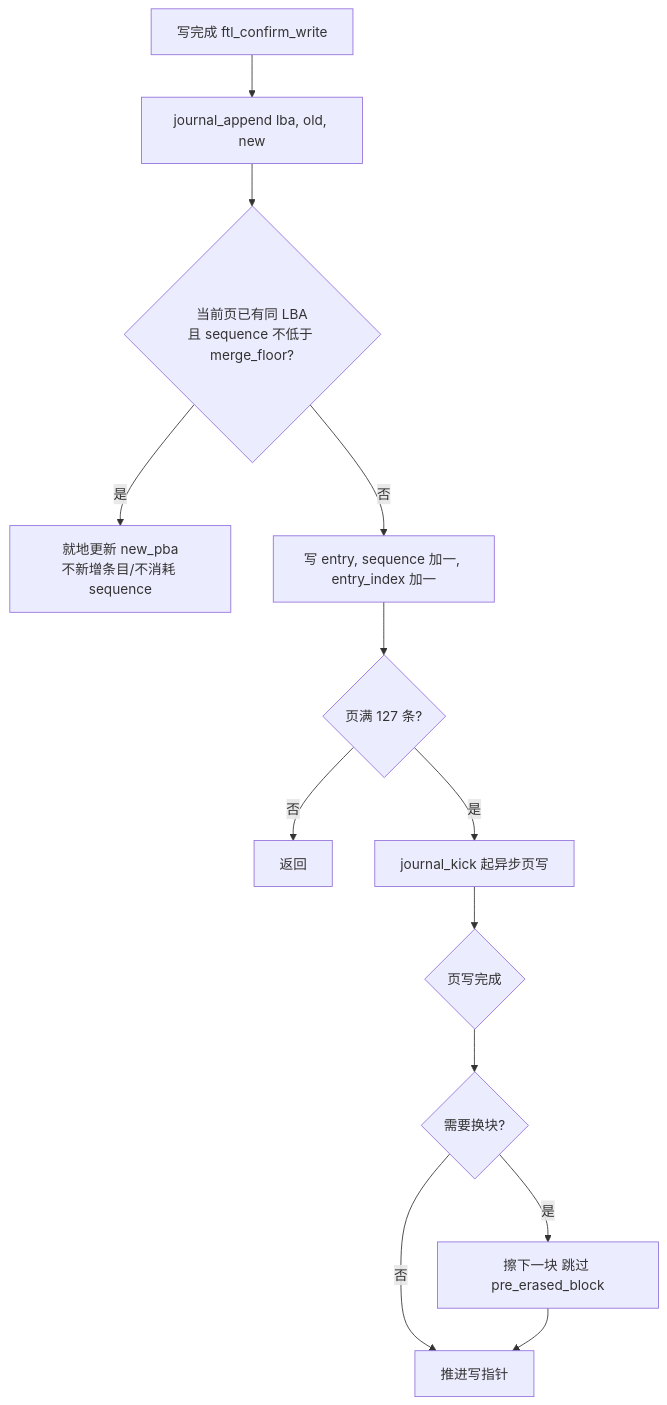
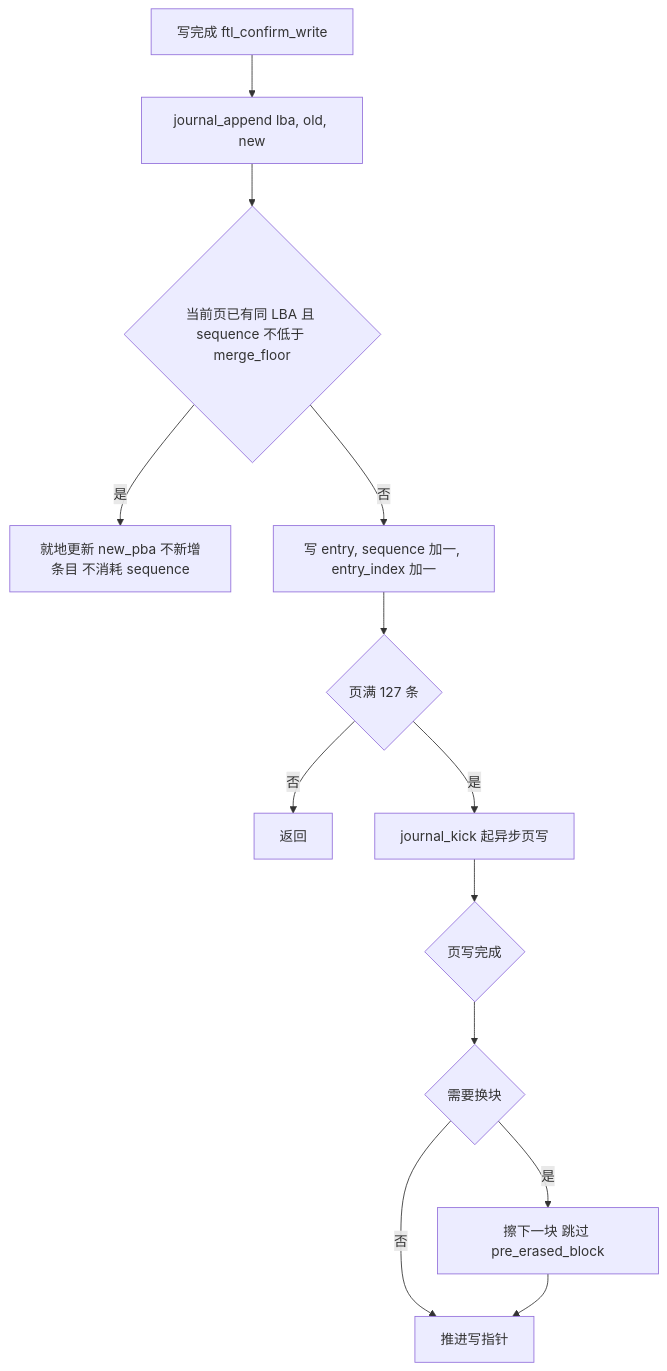
Diagram 11 of 28 in docs/design/ftl_design.md (YzYMIAO/BASESSD), drawn with Mermaid before and after one commit. The commit also changed other lines of this file, not shown here.

First line of the commit message:
docs(ftl): 将 stateDiagram 全部改为 flowchart 并收敛标签字符集

````diff
--- a/docs/design/ftl_design.md
+++ b/docs/design/ftl_design.md
@@ -1677,15 +1696,15 @@
 ```mermaid
 flowchart TD
     A["写完成 ftl_confirm_write"] --> B["journal_append lba, old, new"]
-    B --> C{"当前页已有同 LBA<br/>且 sequence 不低于 merge_floor?"}
-    C -- "是" --> D["就地更新 new_pba<br/>不新增条目/不消耗 sequence"]
+    B --> C{"当前页已有同 LBA 且 sequence 不低于 merge_floor"}
+    C -- "是" --> D["就地更新 new_pba 不新增条目 不消耗 sequence"]
     C -- "否" --> E["写 entry, sequence 加一, entry_index 加一"]
-    E --> F{"页满 127 条?"}
+    E --> F{"页满 127 条"}
     F -- "否" --> G["返回"]
     F -- "是" --> H["journal_kick 起异步页写"]
     H --> I{"页写完成"}
-    I --> J{"需要换块?"}
+    I --> J{"需要换块"}
     J -- "否" --> K["推进写指针"]
     J -- "是" --> L["擦下一块 跳过 pre_erased_block"]
     L --> K
 ```
````
